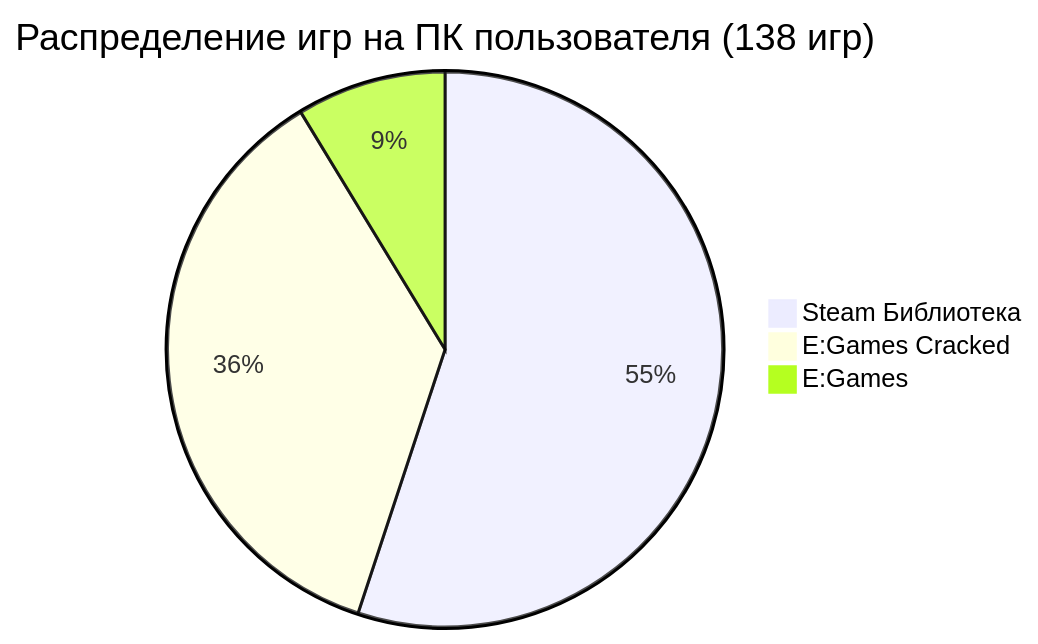
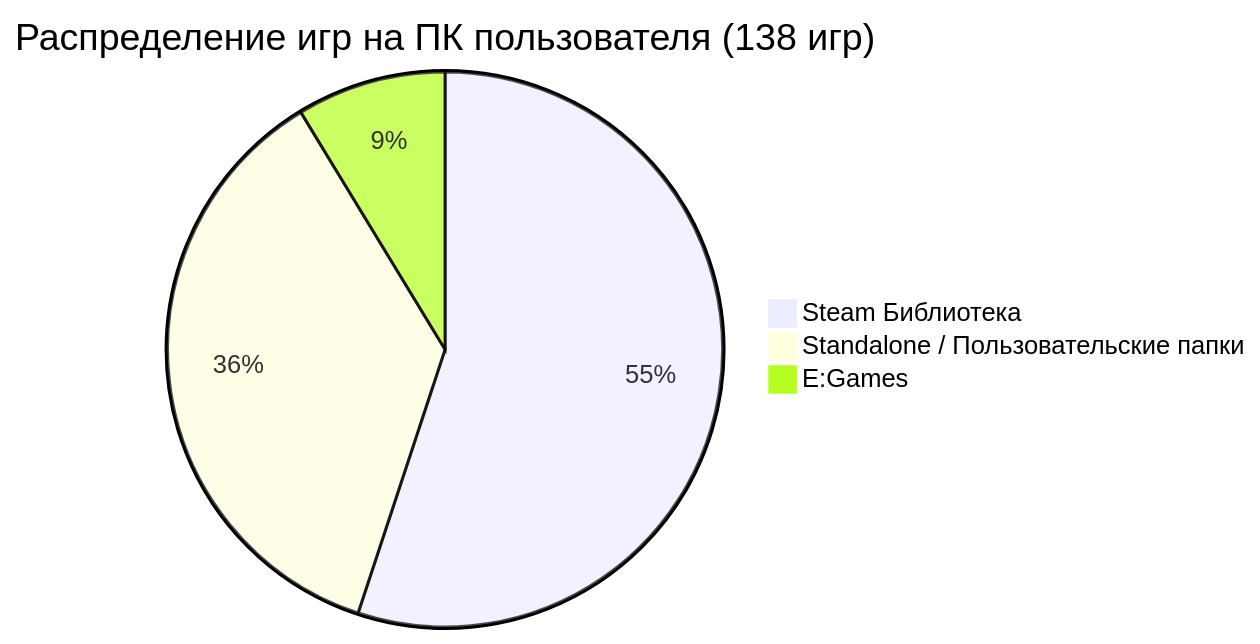
Before and after one commit to MortuisVMain/Twitch-Drops-Sentinel: the first of 2 diagrams in PRD_SENTINEL_V3.md, drawn with Mermaid. The commit also changed other lines of this file and 26 other files, not shown here.

````diff
--- a/PRD_SENTINEL_V3.md
+++ b/PRD_SENTINEL_V3.md
@@ -37,6 +37,6 @@
 ```mermaid
 pie title Распределение игр на ПК пользователя (138 игр)
     "Steam Библиотека" : 76
-    "E:\Games Cracked" : 50
+    "Standalone / Пользовательские папки" : 50
     "E:\Games" : 12
 ```
````
